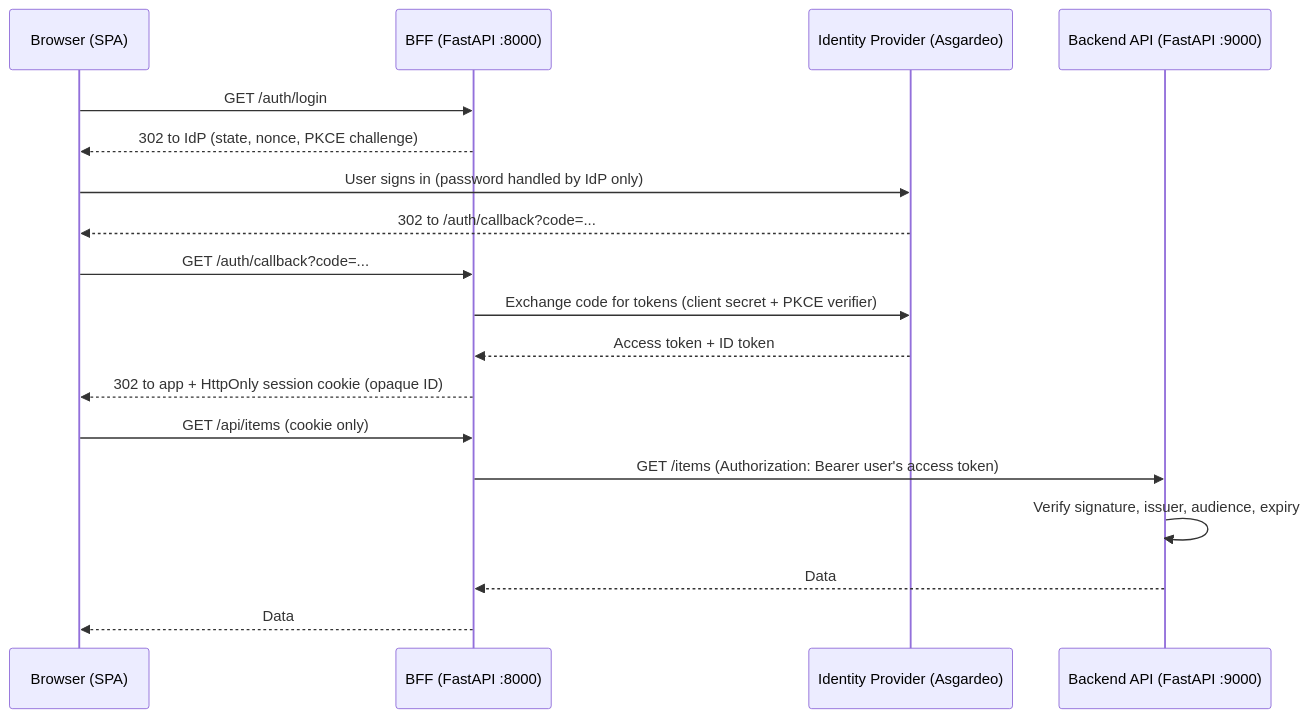
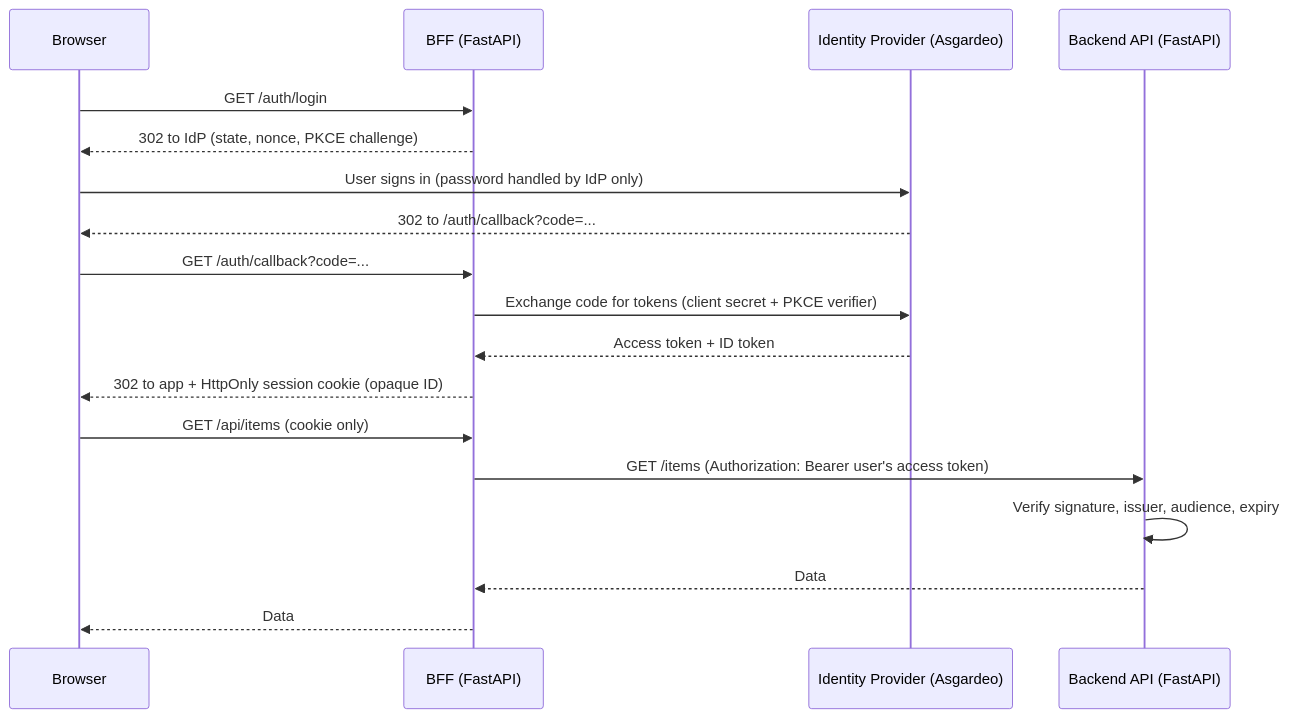
One commit to anuj672/bff-demo changed the diagram in README.md. Above: the diagram before and after it, drawn with Mermaid. The commit also changed other lines of this file, not shown here.

Commit message:
Update README with Azure deployment instructions, architecture details, and security controls

````diff
--- a/README.md
+++ b/README.md
@@ -9,21 +9,21 @@
 ```mermaid
 sequenceDiagram
-    participant B as Browser (SPA)
-    participant F as BFF (FastAPI :8000)
+    participant B as Browser
+    participant F as BFF (FastAPI)
     participant I as Identity Provider (Asgardeo)
-    participant A as Backend API (FastAPI :9000)
+    participant A as Backend API (FastAPI)
 
     B->>F: GET /auth/login
     F-->>B: 302 to IdP (state, nonce, PKCE challenge)
     B->>I: User signs in (password handled by IdP only)
     I-->>B: 302 to /auth/callback?code=...
     B->>F: GET /auth/callback?code=...
     F->>I: Exchange code for tokens (client secret + PKCE verifier)
     I-->>F: Access token + ID token
     F-->>B: 302 to app + HttpOnly session cookie (opaque ID)
     B->>F: GET /api/items (cookie only)
     F->>A: GET /items (Authorization: Bearer user's access token)
     A->>A: Verify signature, issuer, audience, expiry
     A-->>F: Data
     F-->>B: Data
 ```
````
